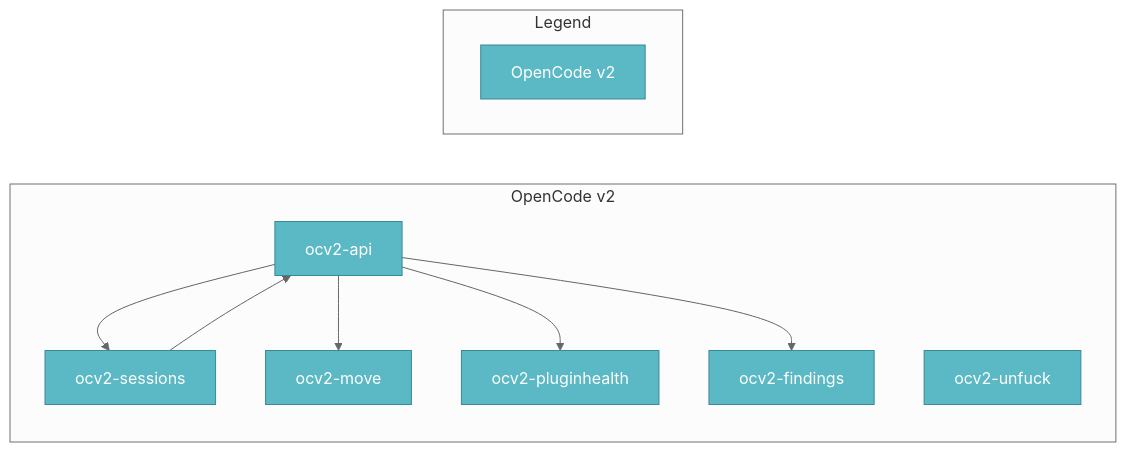
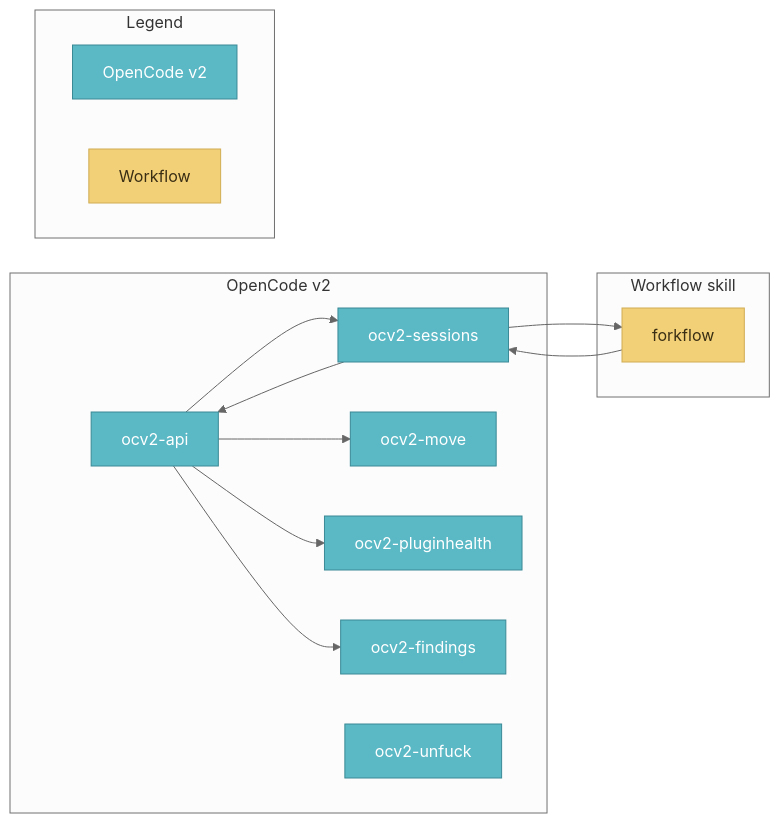
One commit to FAZuH/agent changed the diagram in docs/diagrams/skill-relations-ocv2.mmd. Above: the diagram before and after it, drawn with Mermaid. The commit also changed 5 other files, not shown here.

First line of the commit message:
docs: add forkflow, task-context, setup-dev-docs to skill relation diagrams

```diff
--- a/docs/diagrams/skill-relations-ocv2.mmd
+++ b/docs/diagrams/skill-relations-ocv2.mmd
@@ -1,29 +1,37 @@
 ---
 config:
   theme: 'neutral'
 ---
 flowchart LR
     subgraph ocv2["OpenCode v2"]
         ocv2_api["ocv2-api"]
         ocv2_sessions["ocv2-sessions"]
         ocv2_move["ocv2-move"]
         ocv2_pluginhealth["ocv2-pluginhealth"]
         ocv2_findings["ocv2-findings"]
         ocv2_unfuck["ocv2-unfuck"]
     end
+    subgraph external["Workflow skill"]
+        forkflow_o["forkflow"]
+    end
 
     %% ocv2-unfuck is intentionally isolated: top-level tool check, no skill deps
     ocv2_api --> ocv2_sessions
     ocv2_api --> ocv2_move
     ocv2_api --> ocv2_pluginhealth
     ocv2_api --> ocv2_findings
     ocv2_sessions --> ocv2_api
+    forkflow_o --> ocv2_sessions
+    ocv2_sessions --> forkflow_o
 
     subgraph legend["Legend"]
         direction LR
         L_ocv2["OpenCode v2"]
+        L_ext["Workflow"]
     end
 
     classDef ocv2 fill:#5BB8C5,stroke:#3A8A96,color:#FFFFFF
+    classDef workflow fill:#F2D077,stroke:#D1AD54,color:#3A2E14
 
     class L_ocv2,ocv2_api,ocv2_sessions,ocv2_move,ocv2_pluginhealth,ocv2_findings,ocv2_unfuck ocv2
+    class L_ext,forkflow_o workflow
```
